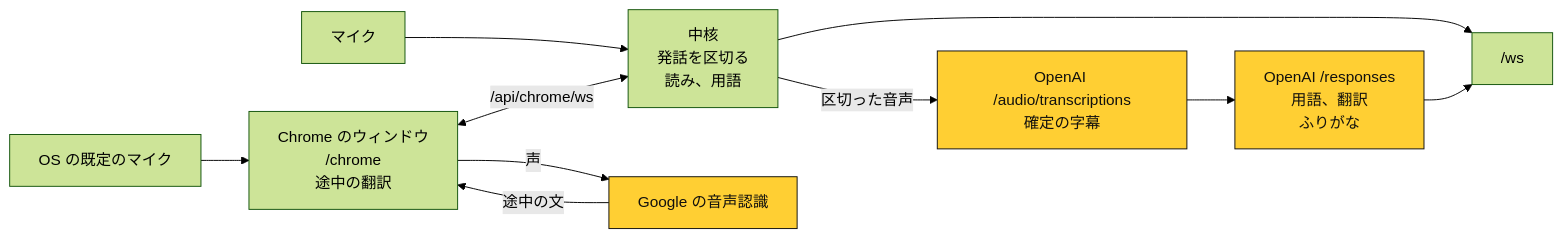
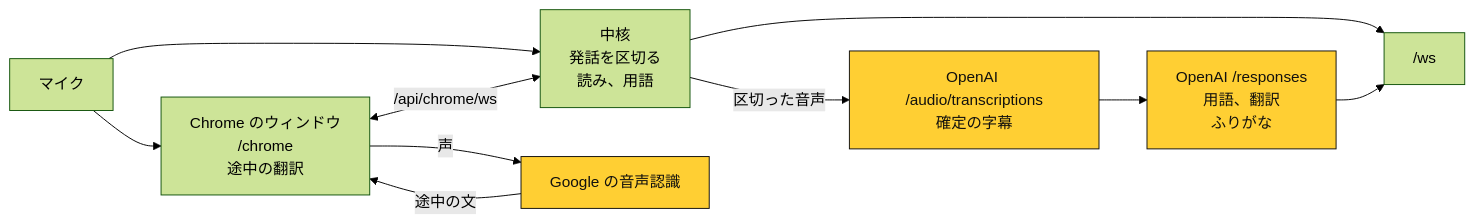
Before and after one commit to Chiji1108/deadlock-jimaku: the second of 4 diagrams in README.md, drawn with Mermaid (forest theme). The commit also changed other lines of this file and 6 other files, not shown here.

````diff
--- a/README.md
+++ b/README.md
@@ -89,14 +89,14 @@
 ```mermaid
 flowchart LR
   mic["マイク"] --> core["中核<br/>発話を区切る<br/>読み、用語"]
-  mic2["OS の既定のマイク"] --> tab["Chrome のウィンドウ<br/>/chrome<br/>途中の翻訳"]
+  mic --> tab["Chrome のウィンドウ<br/>/chrome<br/>途中の翻訳"]
   tab -- "声" --> google["Google の音声認識"]
   google -- "途中の文" --> tab
   tab <-- "/api/chrome/ws" --> core
   core -- "区切った音声" --> batch["OpenAI /audio/transcriptions<br/>確定の字幕"]
   batch --> llm["OpenAI /responses<br/>用語、翻訳<br/>ふりがな"]
   core --> ws["/ws"]
   llm --> ws
   classDef cloud fill:#ffcf33,stroke:#12110e,color:#12110e
   class google,batch,llm cloud
 ```
````
